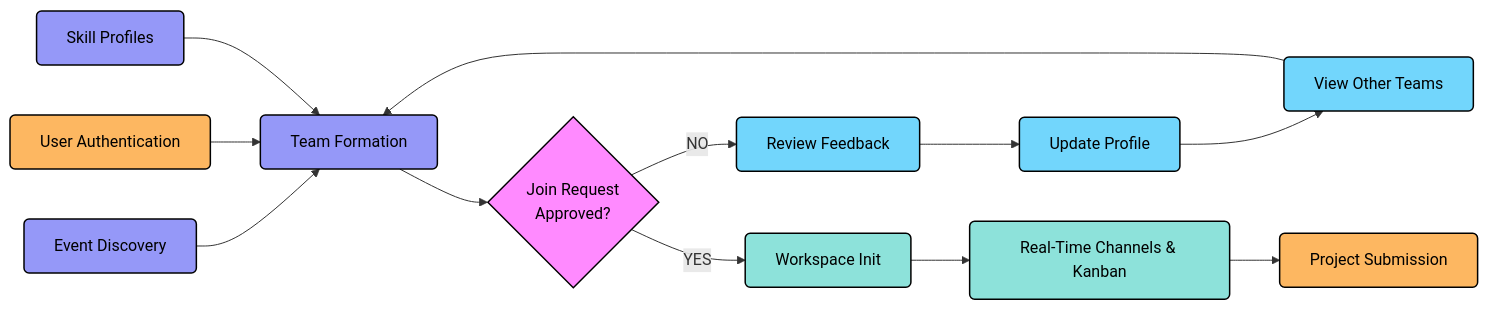
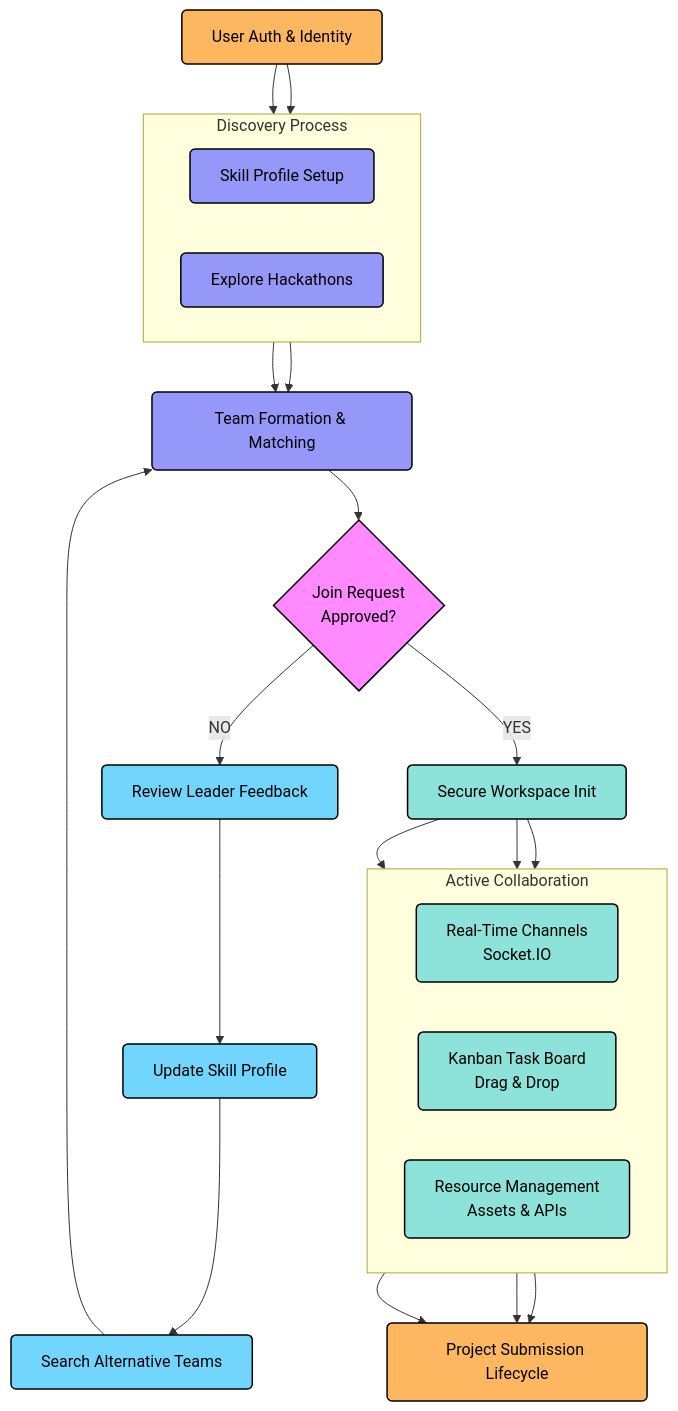
The diagram in new.md (prasanth45bit/prasanth45bit), drawn with Mermaid before and after one commit.

Commit message:
Update flowchart in new.md with detailed processes

````diff
--- a/new.md
+++ b/new.md
@@ -1,38 +1,62 @@
 ```mermaid
-graph LR
+flowchart TD
     classDef orange fill:#fdb761,stroke:#000,stroke-width:1.5px,rx:5px,ry:5px,color:#000;
     classDef purple fill:#9598f8,stroke:#000,stroke-width:1.5px,rx:5px,ry:5px,color:#000;
     classDef pink fill:#ff8aff,stroke:#000,stroke-width:1.5px,color:#000;
     classDef blue fill:#72d6fc,stroke:#000,stroke-width:1.5px,rx:5px,ry:5px,color:#000;
     classDef teal fill:#8de2da,stroke:#000,stroke-width:1.5px,rx:5px,ry:5px,color:#000;
 
-    Ident[User Authentication]:::orange
-    Events[Event Discovery]:::purple
-    Profiles[Skill Profiles]:::purple
-    Team[Team Formation]:::purple
+    %% Entry Point
+    Ident[User Auth & Identity]:::orange
     
+    %% Setup & Discovery (Horizontal branch)
+    subgraph Discovery Process
+    direction LR
+      Profiles[Skill Profile Setup]:::purple
+      Events[Explore Hackathons]:::purple
+    end
+    
+    Ident --> Profiles
+    Ident --> Events
+
+    %% Team Management
+    Team[Team Formation & Matching]:::purple
+    Profiles --> Team
     Events --> Team
-    Ident --> Team
-    Profiles --> Team
-    
+
+    %% Decision Node
     Approve{Join Request<br/>Approved?}:::pink
-    
     Team --> Approve
-    
-    Reject[Review Feedback]:::blue
-    Refine[Update Profile]:::blue
-    Browse[View Other Teams]:::blue
+
+    %% Rejection Loop (Horizontal loop to the side)
+    Reject[Review Leader Feedback]:::blue
+    Refine[Update Skill Profile]:::blue
+    Browse[Search Alternative Teams]:::blue
     
     Approve -- NO --> Reject
     Reject --> Refine
     Refine --> Browse
     Browse --> Team
-    
-    Init[Workspace Init]:::teal
-    Collab[Real-Time Channels & Kanban]:::teal
-    Finish[Project Submission]:::orange
-    
+
+    %% Workspace Setup
+    Init[Secure Workspace Init]:::teal
     Approve -- YES --> Init
-    Init --> Collab
-    Collab --> Finish
+
+    %% Detailed Workspace Features (Horizontal spread)
+    subgraph Active Collaboration
+    direction LR
+      Chat[Real-Time Channels<br/>Socket.IO]:::teal
+      Task[Kanban Task Board<br/>Drag & Drop]:::teal
+      Docs[Resource Management<br/>Assets & APIs]:::teal
+    end
+
+    Init --> Chat
+    Init --> Task
+    Init --> Docs
+
+    %% Finalize
+    Finish[Project Submission Lifecycle]:::orange
+    Chat --> Finish
+    Task --> Finish
+    Docs --> Finish
 ```
````
